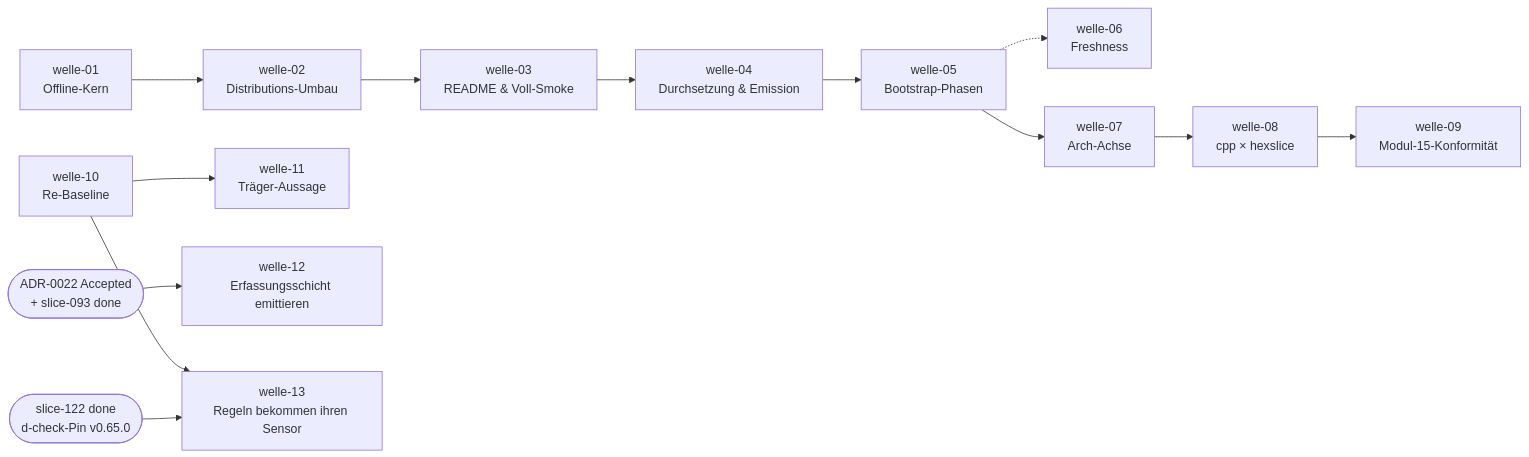
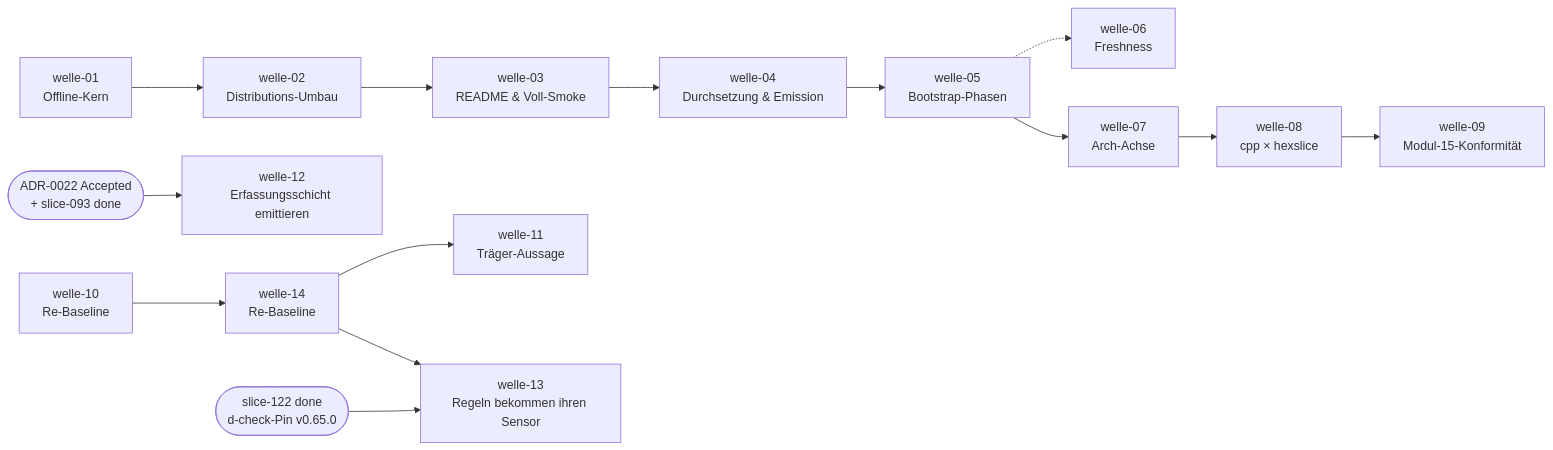
The diagram in docs/plan/planning/in-progress/roadmap.md (pt9912/ai-harness-init), drawn with Mermaid before and after one commit. The commit also changed other lines of this file and 4 other files, not shown here.

````diff
--- a/docs/plan/planning/in-progress/roadmap.md
+++ b/docs/plan/planning/in-progress/roadmap.md
@@ -85,24 +86,26 @@
 ```mermaid
 flowchart LR
     W1[welle-01<br/>Offline-Kern]
     W2[welle-02<br/>Distributions-Umbau]
     W3[welle-03<br/>README & Voll-Smoke]
     W4[welle-04<br/>Durchsetzung & Emission]
     W5[welle-05<br/>Bootstrap-Phasen]
     W6[welle-06<br/>Freshness]
     W7[welle-07<br/>Arch-Achse]
     W8[welle-08<br/>cpp × hexslice]
     W9[welle-09<br/>Modul-15-Konformität]
     W10[welle-10<br/>Re-Baseline]
     W11[welle-11<br/>Träger-Aussage]
     W12[welle-12<br/>Erfassungsschicht emittieren]
     W13[welle-13<br/>Regeln bekommen ihren Sensor]
+    W14[welle-14<br/>Re-Baseline]
     W1 --> W2 --> W3 --> W4 --> W5
     W5 -.-> W6
     W5 --> W7 --> W8
     W8 --> W9
-    W10 --> W11
-    W10 --> W13
+    W10 --> W14
+    W14 --> W11
+    W14 --> W13
     S122([slice-122 done<br/>d-check-Pin v0.65.0]) --> W13
     A0022([ADR-0022 Accepted<br/>+ slice-093 done]) --> W12
 ```
````
